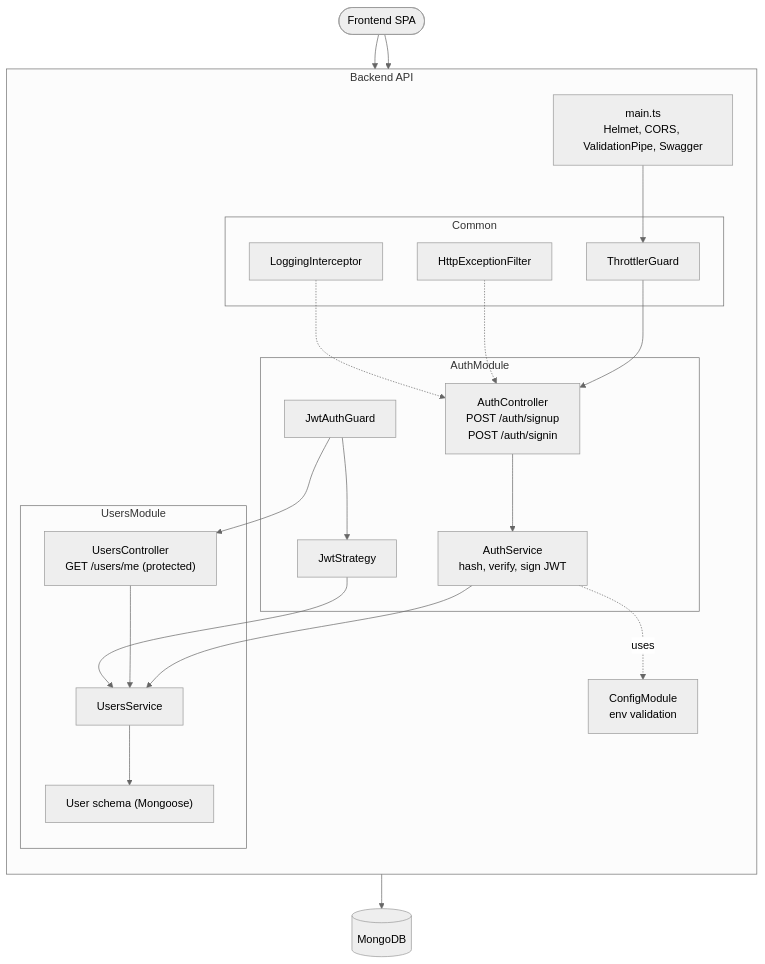
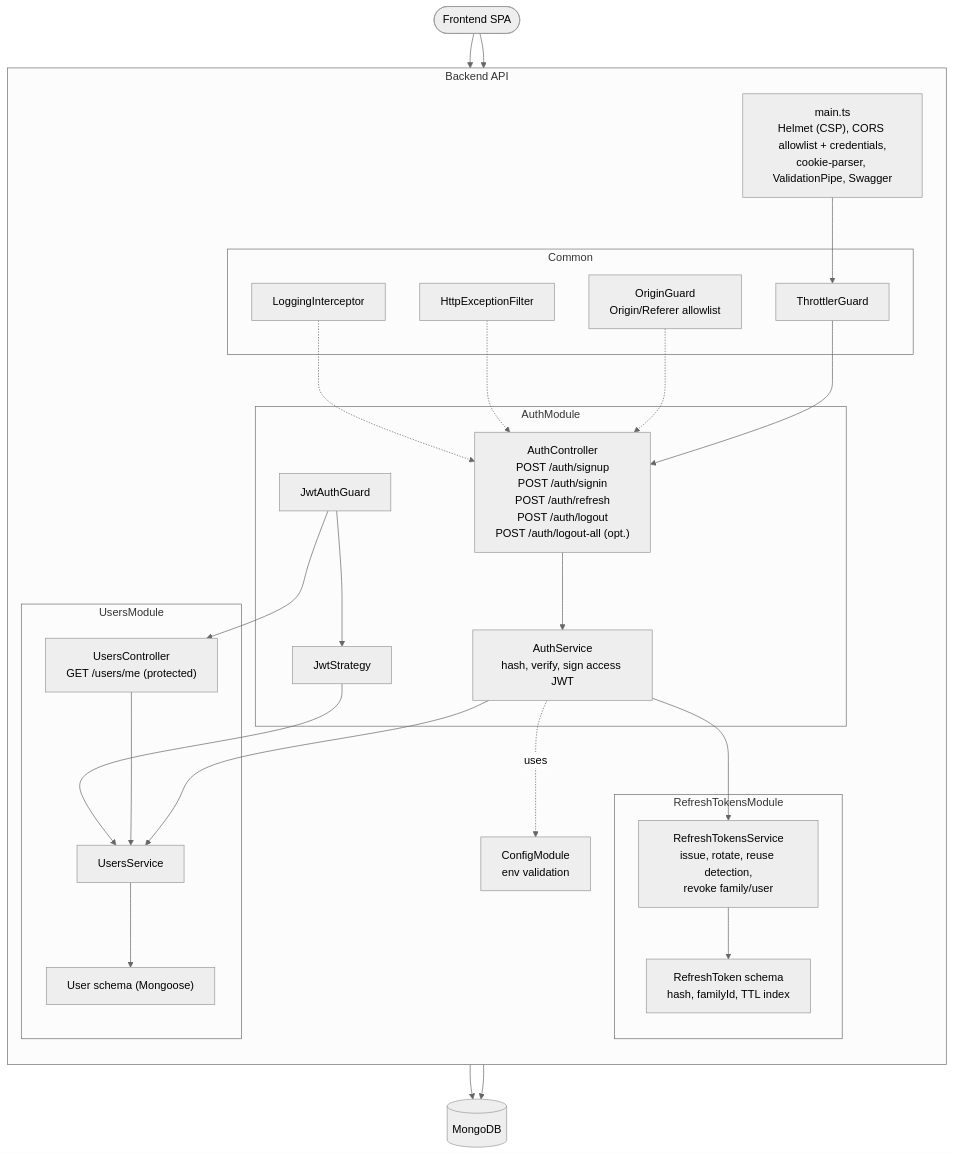
One commit to Rowan-habashy/easyGenerator-auth changed the first of 2 diagrams in docs/architecture/c3-component.md. Above: the diagram before and after it, drawn with Mermaid (neutral theme). The commit also changed other lines of this file and 5 other files, not shown here.

````diff
--- a/docs/architecture/c3-component.md
+++ b/docs/architecture/c3-component.md
@@ -5,37 +5,44 @@
 ```mermaid
 flowchart TB
     client([Frontend SPA])
 
     subgraph api[Backend API]
         direction TB
-        main["main.ts<br/>Helmet, CORS, ValidationPipe, Swagger"]
+        main["main.ts<br/>Helmet (CSP), CORS allowlist + credentials,<br/>cookie-parser, ValidationPipe, Swagger"]
         subgraph common[Common]
             filter["HttpExceptionFilter"]
             logger["LoggingInterceptor"]
             throttle["ThrottlerGuard"]
+            og["OriginGuard<br/>Origin/Referer allowlist"]
         end
         subgraph auth[AuthModule]
-            ac["AuthController<br/>POST /auth/signup<br/>POST /auth/signin"]
-            as["AuthService<br/>hash, verify, sign JWT"]
+            ac["AuthController<br/>POST /auth/signup<br/>POST /auth/signin<br/>POST /auth/refresh<br/>POST /auth/logout<br/>POST /auth/logout-all (opt.)"]
+            as["AuthService<br/>hash, verify, sign access JWT"]
             js["JwtStrategy"]
             jg["JwtAuthGuard"]
+        end
+        subgraph rt[RefreshTokensModule]
+            rs["RefreshTokensService<br/>issue, rotate, reuse detection,<br/>revoke family/user"]
+            rr["RefreshToken schema<br/>hash, familyId, TTL index"]
         end
         subgraph users[UsersModule]
             uc["UsersController<br/>GET /users/me (protected)"]
             us["UsersService"]
             ur["User schema (Mongoose)"]
         end
         cfg["ConfigModule<br/>env validation"]
     end
     db[("MongoDB")]
 
     client --> main --> throttle --> ac
     client --> jg --> uc
     ac --> as --> us --> ur --> db
+    og -.-> ac
+    as --> rs --> rr --> db
     uc --> us
     jg --> js
     js --> us
     as -. "uses" .-> cfg
     filter -.-> ac
     logger -.-> ac
 ```
````
